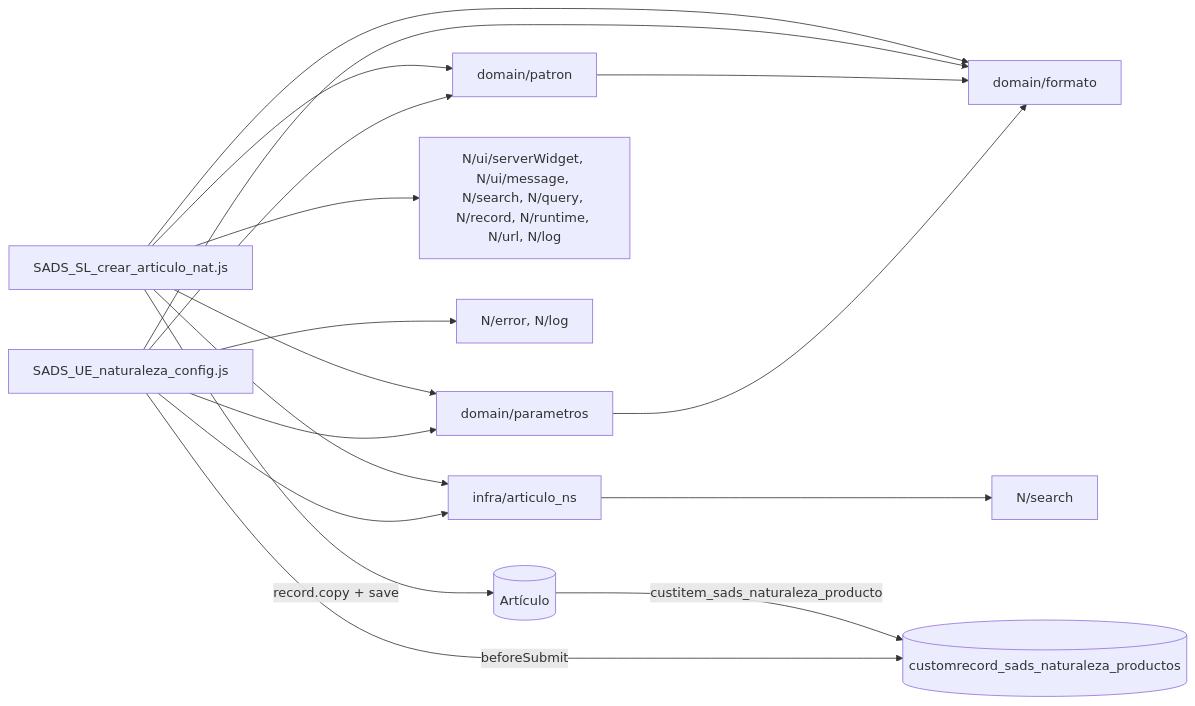
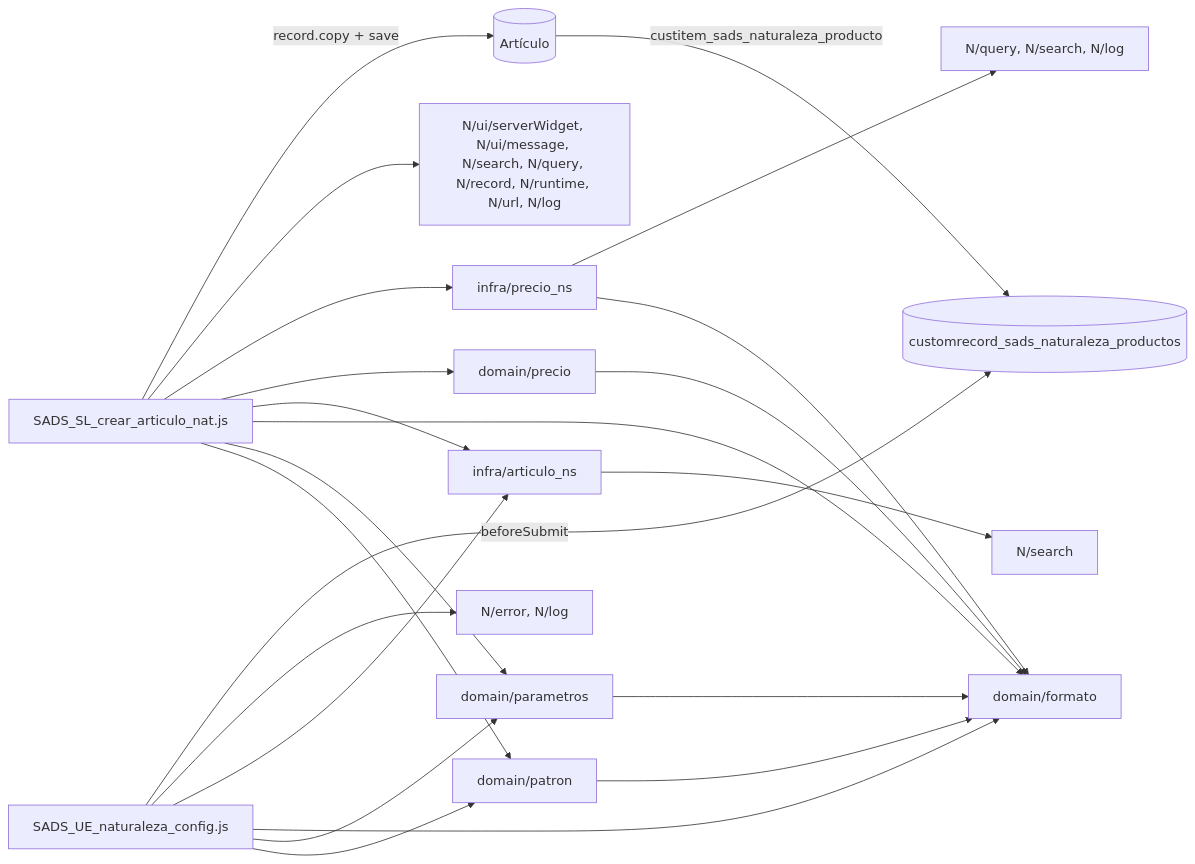
The first of 2 diagrams in src/FileCabinet/SuiteScripts/SADS_Naturaleza_Productos/SADS_SL_crear_articulo_nat.md (saulkgames/Naturaleza-de-Productos), drawn with Mermaid before and after one commit. The commit also changed other lines of this file and 11 other files, not shown here.

````diff
--- a/src/FileCabinet/SuiteScripts/SADS_Naturaleza_Productos/SADS_SL_crear_articulo_nat.md
+++ b/src/FileCabinet/SuiteScripts/SADS_Naturaleza_Productos/SADS_SL_crear_articulo_nat.md
@@ -63,19 +66,24 @@
 ```mermaid
 flowchart LR
   SL[SADS_SL_crear_articulo_nat.js] --> PAT[domain/patron]
   SL --> PAR[domain/parametros]
   SL --> FMT[domain/formato]
   UE[SADS_UE_naturaleza_config.js] --> PAT
   UE --> PAR
   UE --> FMT
   PAT --> FMT
   PAR --> FMT
   SL --> ART[infra/articulo_ns]
+  SL --> PRE[domain/precio]
+  SL --> PNS[infra/precio_ns]
+  PRE --> FMT
+  PNS --> FMT
+  PNS --> NSP["N/query, N/search, N/log"]
   UE --> ART
   ART --> NSS[N/search]
   SL --> NS["N/ui/serverWidget, N/ui/message, N/search, N/query, N/record, N/runtime, N/url, N/log"]
   UE --> NSU["N/error, N/log"]
   SL -->|"record.copy + save"| ITEM[("Artículo")]
   ITEM -->|"custitem_sads_naturaleza_producto"| CR[("customrecord_sads_naturaleza_productos")]
   UE -->|"beforeSubmit"| CR
 ```
````
